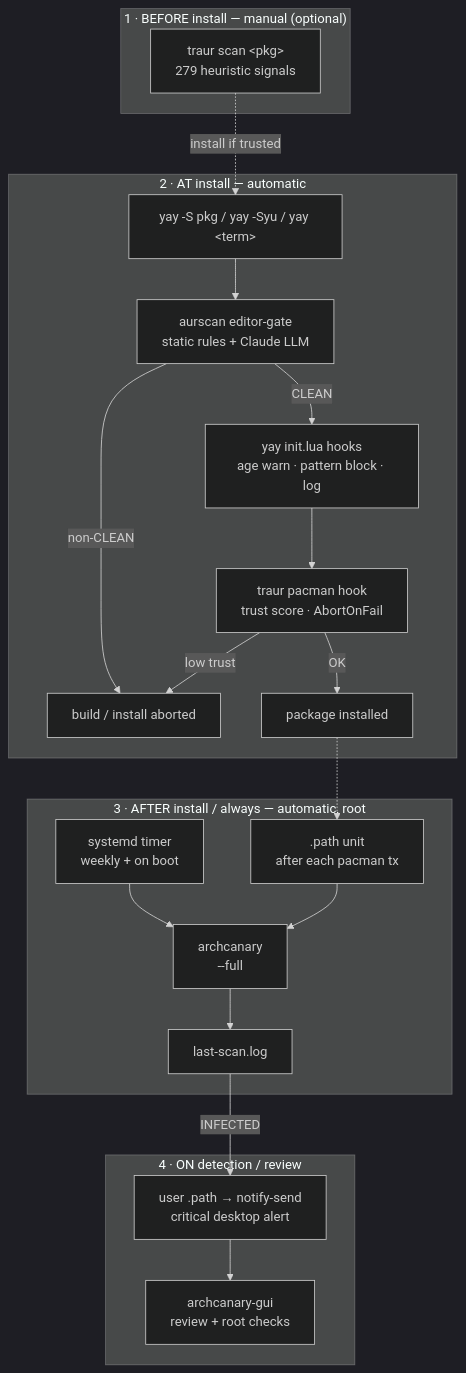
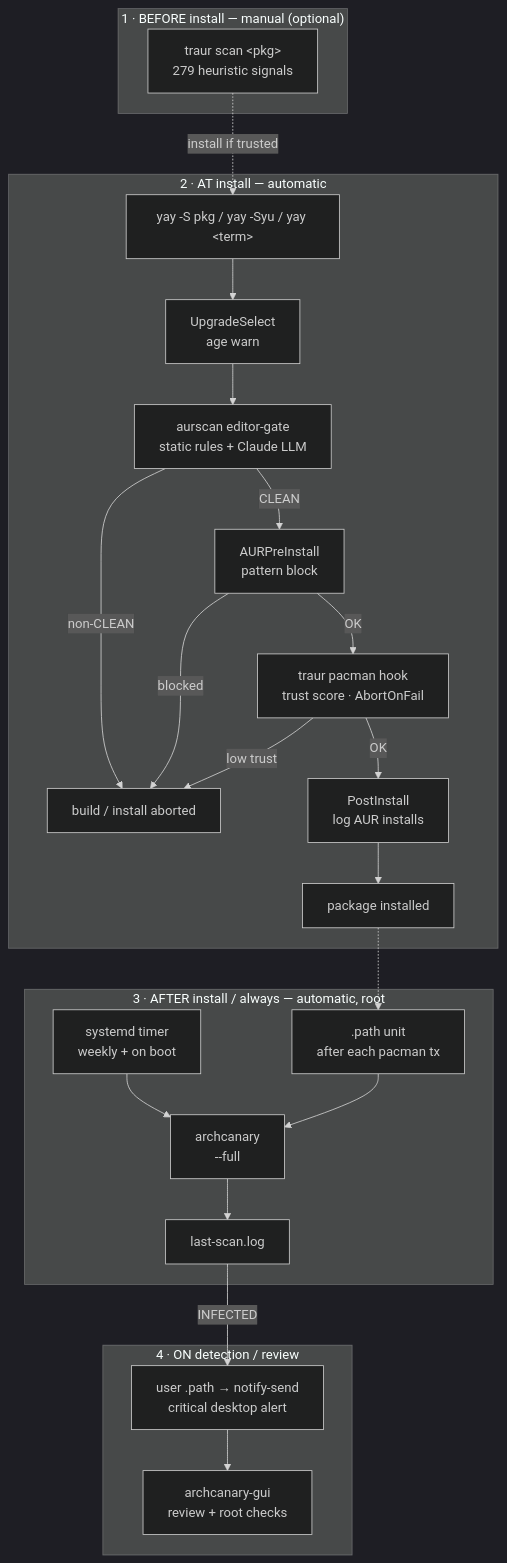
Before and after one commit to musqz/archcanary: the diagram in docs/overview.md, drawn with Mermaid (dark theme).

Commit message:
docs: fix PostInstall hook ordering in overview.md diagram (#61)
The mermaid diagram bundled all three yay init.lua hooks
(UpgradeSelect, AURPreInstall, PostInstall) into one node placed
entirely before traur's pacman hook. PostInstall's callback logs
event.data.packages as already-installed (configs/yay-init.lua:59-67),
meaning it actually fires after the real pacman transaction completes
- after traur's PreTransaction hook, not before it. Split the bundled
node into three chronologically correct points: UpgradeSelect before
the build starts, AURPreInstall before the pacman transaction, and
PostInstall after traur's hook.

````diff
--- a/docs/overview.md
+++ b/docs/overview.md
@@ -10,29 +10,32 @@
 ```mermaid
 flowchart TD
     subgraph PRE["1 · BEFORE install — manual (optional)"]
         T["traur scan &lt;pkg&gt;<br/>279 heuristic signals"]
     end
 
     subgraph AT["2 · AT install — automatic"]
-        U["yay -S pkg / yay -Syu / yay &lt;term&gt;"] --> GATE["aurscan editor-gate<br/>static rules + Claude LLM"]
+        U["yay -S pkg / yay -Syu / yay &lt;term&gt;"] --> SEL["UpgradeSelect<br/>age warn"]
+        SEL --> GATE["aurscan editor-gate<br/>static rules + Claude LLM"]
         GATE -->|non-CLEAN| AB["build / install aborted"]
-        GATE -->|CLEAN| LUA["yay init.lua hooks<br/>age warn · pattern block · log"]
-        LUA --> TH["traur pacman hook<br/>trust score · AbortOnFail"]
+        GATE -->|CLEAN| PRI["AURPreInstall<br/>pattern block"]
+        PRI -->|blocked| AB
+        PRI -->|OK| TH["traur pacman hook<br/>trust score · AbortOnFail"]
         TH -->|low trust| AB
-        TH -->|OK| OK["package installed"]
+        TH -->|OK| POST["PostInstall<br/>log AUR installs"]
+        POST --> OK["package installed"]
     end
 
     subgraph AFTER["3 · AFTER install / always — automatic, root"]
         TIM["systemd timer<br/>weekly + on boot"] --> SCAN["archcanary<br/>--full"]
         PTH[".path unit<br/>after each pacman tx"] --> SCAN
         SCAN --> LOG["last-scan.log"]
     end
 
     subgraph ALERT["4 · ON detection / review"]
         LOG -->|INFECTED| NOT["user .path → notify-send<br/>critical desktop alert"]
         NOT --> GUI["archcanary-gui<br/>review + root checks"]
     end
 
     T -.->|install if trusted| U
     OK -.-> PTH
 ```
````
